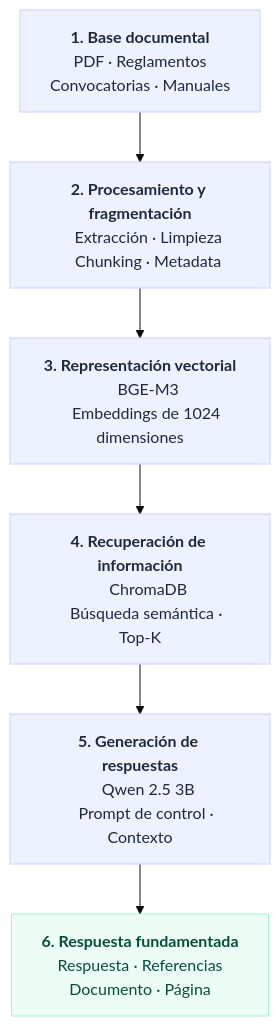
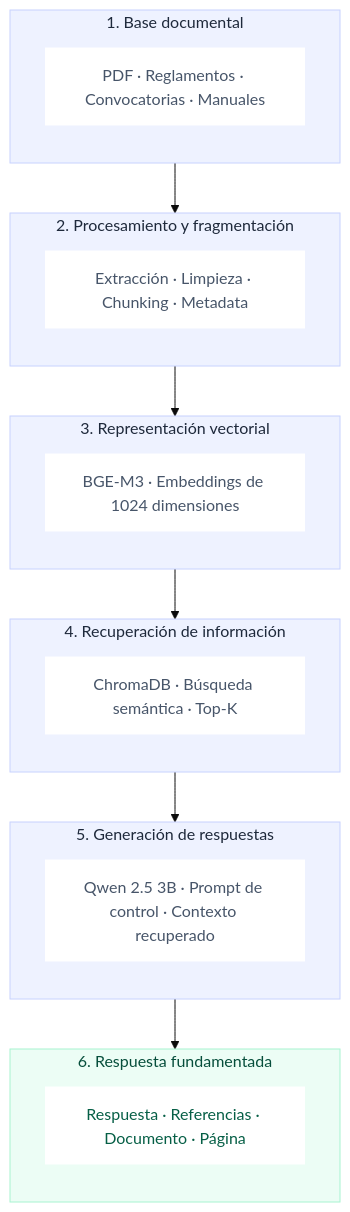
One commit to MedCoder-Edwin/asistente-unison changed the diagram in README.md. Above: the diagram before and after it, drawn with Mermaid (base theme).

Commit message:
Enhance flowchart with subgraphs for data flow stages
Added subgraphs to represent each stage of the data flow in detail, enhancing the flowchart with structured sections for better clarity.

````diff
--- a/README.md
+++ b/README.md
@@ -11,28 +11,48 @@
 ```mermaid
 flowchart TD
-    A["<b>1. Base documental</b>
-    PDF · Reglamentos
-    Convocatorias · Manuales"] --> 
-    B["<b>2. Procesamiento y fragmentación</b>
-    Extracción · Limpieza
-    Chunking · Metadata"] --> 
-    C["<b>3. Representación vectorial</b>
-    BGE-M3
-    Embeddings de 1024 dimensiones"] --> 
-    D["<b>4. Recuperación de información</b>
-    ChromaDB
-    Búsqueda semántica · Top-K"] --> 
-    E["<b>5. Generación de respuestas</b>
-    Qwen 2.5 3B
-    Prompt de control · Contexto"] --> 
-    F["<b>6. Respuesta fundamentada</b>
-    Respuesta · Referencias
-    Documento · Página"]
+    subgraph S1 ["1. Base documental"]
+        direction TB
+        A["PDF · Reglamentos · Convocatorias · Manuales"]
+    end
 
-    style A fill:#eef2ff,stroke:#c7d2fe,color:#1e293b
-    style B fill:#eef2ff,stroke:#c7d2fe,color:#1e293b
-    style C fill:#eef2ff,stroke:#c7d2fe,color:#1e293b
-    style D fill:#eef2ff,stroke:#c7d2fe,color:#1e293b
-    style E fill:#eef2ff,stroke:#c7d2fe,color:#1e293b
-    style F fill:#ecfdf5,stroke:#a7f3d0,color:#064e3b
+    subgraph S2 ["2. Procesamiento y fragmentación"]
+        direction TB
+        B["Extracción · Limpieza · Chunking · Metadata"]
+    end
+
+    subgraph S3 ["3. Representación vectorial"]
+        direction TB
+        C["BGE-M3 · Embeddings de 1024 dimensiones"]
+    end
+
+    subgraph S4 ["4. Recuperación de información"]
+        direction TB
+        D["ChromaDB · Búsqueda semántica · Top-K"]
+    end
+
+    subgraph S5 ["5. Generación de respuestas"]
+        direction TB
+        E["Qwen 2.5 3B · Prompt de control · Contexto recuperado"]
+    end
+
+    subgraph S6 ["6. Respuesta fundamentada"]
+        direction TB
+        F["Respuesta · Referencias · Documento · Página"]
+    end
+
+    S1 --> S2 --> S3 --> S4 --> S5 --> S6
+
+    style S1 fill:#eef2ff,stroke:#c7d2fe,color:#1e293b
+    style S2 fill:#eef2ff,stroke:#c7d2fe,color:#1e293b
+    style S3 fill:#eef2ff,stroke:#c7d2fe,color:#1e293b
+    style S4 fill:#eef2ff,stroke:#c7d2fe,color:#1e293b
+    style S5 fill:#eef2ff,stroke:#c7d2fe,color:#1e293b
+    style S6 fill:#ecfdf5,stroke:#a7f3d0,color:#064e3b
+
+    style A fill:#ffffff,stroke:none,color:#475569
+    style B fill:#ffffff,stroke:none,color:#475569
+    style C fill:#ffffff,stroke:none,color:#475569
+    style D fill:#ffffff,stroke:none,color:#475569
+    style E fill:#ffffff,stroke:none,color:#475569
+    style F fill:#ffffff,stroke:none,color:#065f46
 ```
````
